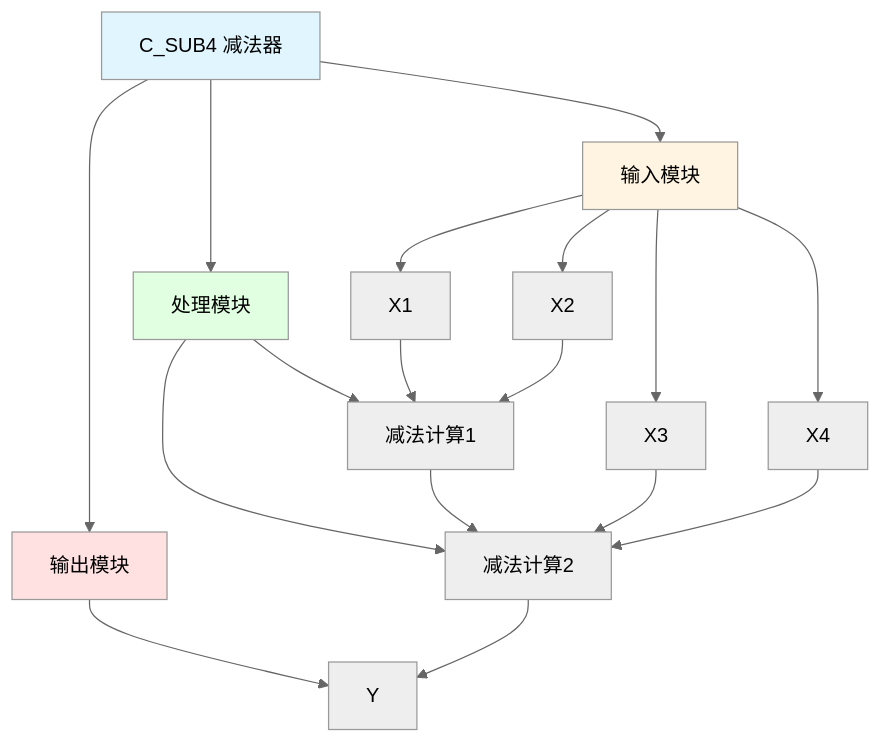
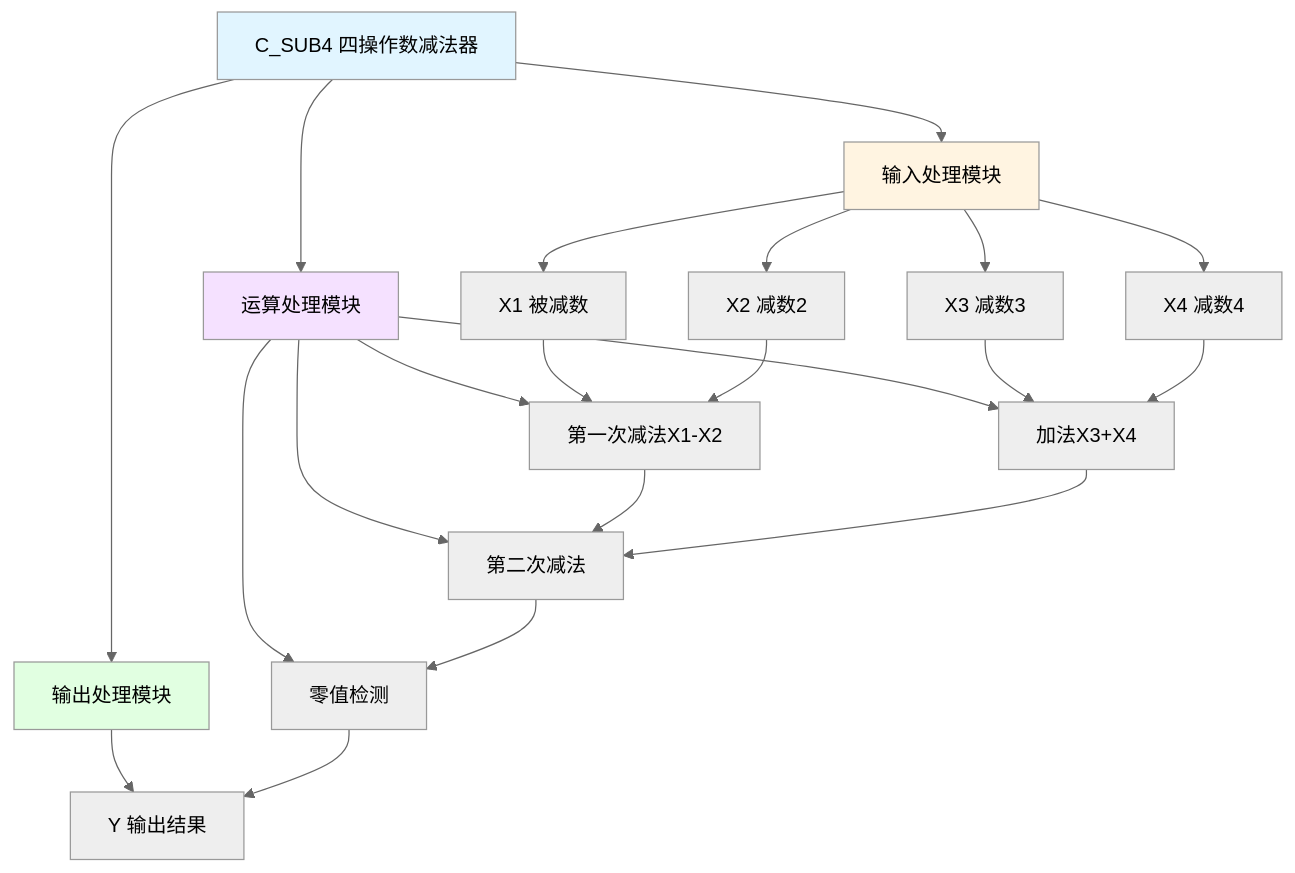
Before and after one commit to dlgt6/c: the diagram in C_SUB4_分析报告.md, drawn with Mermaid (neutral theme). The commit also changed other lines of this file and 46 other files, not shown here.

````diff
--- a/C_SUB4_分析报告.md
+++ b/C_SUB4_分析报告.md
@@ -19,28 +30,32 @@
 ```mermaid
 graph TD
-    A[C_SUB4 减法器] --> B[输入模块]
-    A --> C[处理模块]
-    A --> D[输出模块]
+    A[C_SUB4 四操作数减法器] --> B[输入处理模块]
+    A --> C[运算处理模块]
+    A --> D[输出处理模块]
     
-    B --> B1[X1]
-    B --> B2[X2]
-    B --> B3[X3]
-    B --> B4[X4]
+    B --> B1[X1 被减数]
+    B --> B2[X2 减数2]
+    B --> B3[X3 减数3]
+    B --> B4[X4 减数4]
     
-    C --> C1[减法计算1]
-    C --> C2[减法计算2]
+    C --> C1[第一次减法X1-X2]
+    C --> C2[加法X3+X4]
+    C --> C3[第二次减法]
+    C --> C4[零值检测]
     
-    D --> D1[Y]
+    D --> D1[Y 输出结果]
     
     B1 --> C1
     B2 --> C1
-    C1 --> C2
     B3 --> C2
     B4 --> C2
-    C2 --> D1
+    C1 --> C3
+    C2 --> C3
+    C3 --> C4
+    C4 --> D1
     
     style A fill:#e1f5ff
     style B fill:#fff4e1
-    style C fill:#e1ffe1
-    style D fill:#ffe1e1
+    style C fill:#f5e1ff
+    style D fill:#e1ffe1
 ```
````
